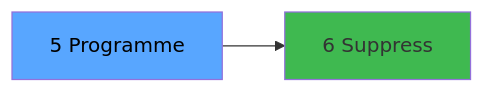
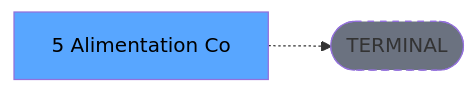
Before and after one commit to thonyAGP/lecteur-magic: the third of 3 diagrams in .openspec/renders/ADH-IDE-5.md, drawn with Mermaid. The commit also changed other lines of this file and 701 other files, not shown here.

````diff
--- a/.openspec/renders/ADH-IDE-5.md
+++ b/.openspec/renders/ADH-IDE-5.md
@@ -126,8 +134,8 @@
 ```mermaid
 graph LR
-    T[5 Programme]
-    C6[6     Suppress]
-    T --> C6
+    T[5 Alimentation Co]
+    TERM([TERMINAL])
+    T -.-> TERM
+    style TERM fill:#6b7280,stroke-dasharray: 5 5
     style T fill:#58a6ff,color:#000
-    style C6 fill:#3fb950
 ```
````
